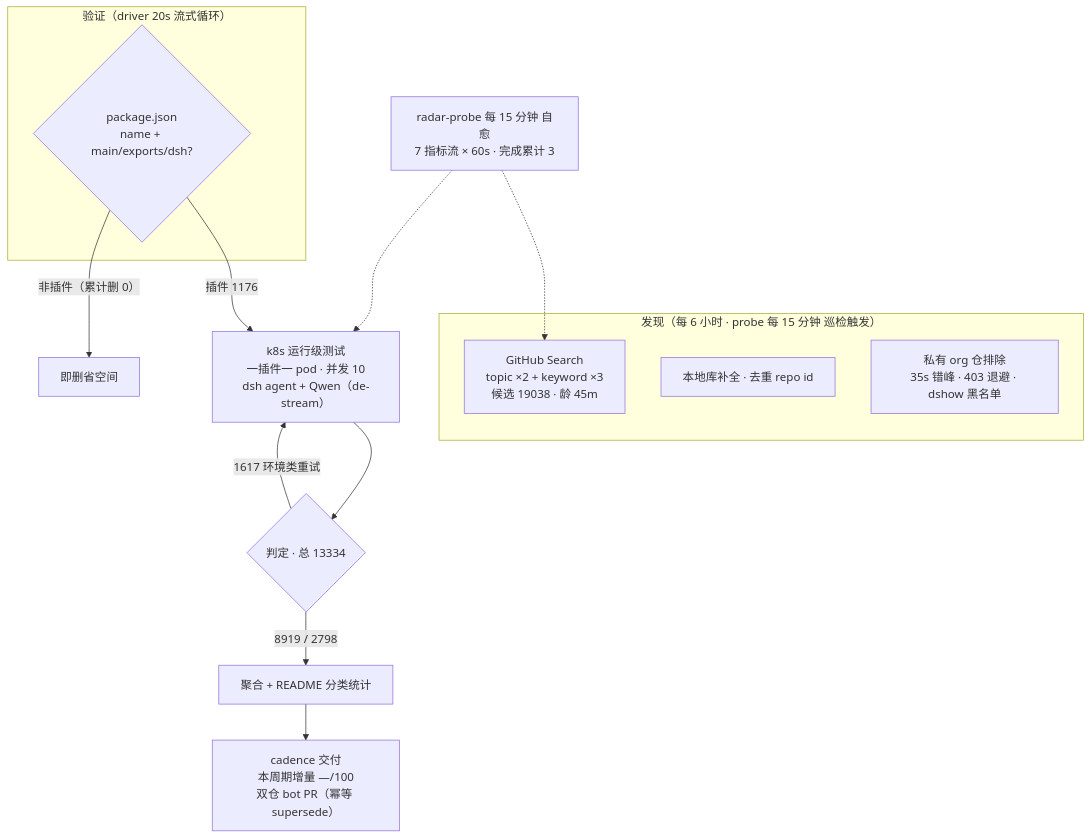
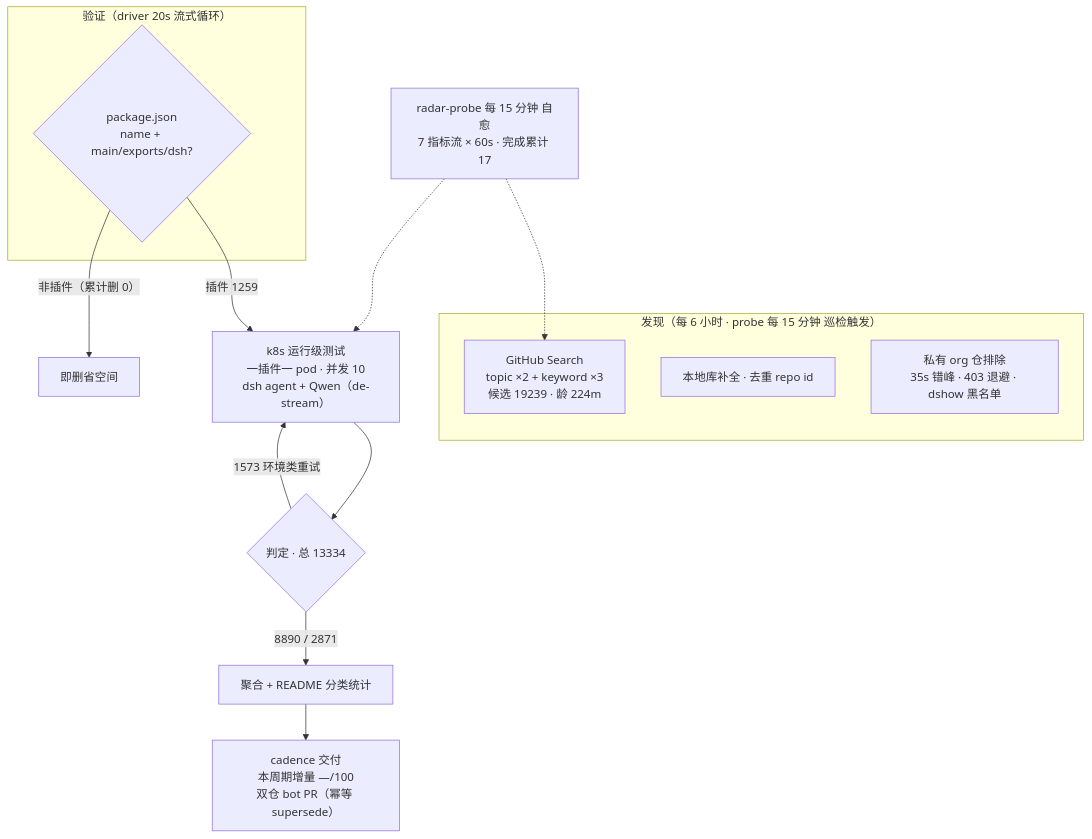
The diagram in public/readmes/awesome-dsh-plugins.md (the-beating-light-of-the-nail/dsh-meme-hub-site), drawn with Mermaid before and after one commit. The commit also changed other lines of this file and 231 other files, not shown here.

````diff
--- a/public/readmes/awesome-dsh-plugins.md
+++ b/public/readmes/awesome-dsh-plugins.md
@@ -52,20 +52,20 @@
 ```mermaid
 flowchart TB
     subgraph Discovery["发现（每 6 小时 · probe 每 15 分钟 巡检触发）"]
-        A1["GitHub Search<br/>topic ×2 + keyword ×3<br/>候选 19038 · 龄 45m"]
+        A1["GitHub Search<br/>topic ×2 + keyword ×3<br/>候选 19239 · 龄 224m"]
         A2["本地库补全 · 去重 repo id"]
         A3["私有 org 仓排除<br/>35s 错峰 · 403 退避 · dshow 黑名单"]
     end
     subgraph Validation["验证（driver 20s 流式循环）"]
         B1{"package.json<br/>name + main/exports/dsh?"}
     end
-    B1 -->|"插件 1176"| C1["k8s 运行级测试<br/>一插件一 pod · 并发 10<br/>dsh agent + Qwen（de-stream）"]
+    B1 -->|"插件 1259"| C1["k8s 运行级测试<br/>一插件一 pod · 并发 10<br/>dsh agent + Qwen（de-stream）"]
     B1 -->|"非插件（累计删 0）"| B3["即删省空间"]
     C1 --> D1{"判定 · 总 13334"}
-    D1 -->|"8919 / 2798"| E1["聚合 + README 分类统计"]
-    D1 -->|"1617 环境类重试"| C1
+    D1 -->|"8890 / 2871"| E1["聚合 + README 分类统计"]
+    D1 -->|"1573 环境类重试"| C1
     E1 --> E2["cadence 交付<br/>本周期增量 —/100<br/>双仓 bot PR（幂等 supersede）"]
-    M["radar-probe 每 15 分钟 自愈<br/>7 指标流 × 60s · 完成累计 3"]
+    M["radar-probe 每 15 分钟 自愈<br/>7 指标流 × 60s · 完成累计 17"]
     M -.-> A1
     M -.-> C1
 ```
````
